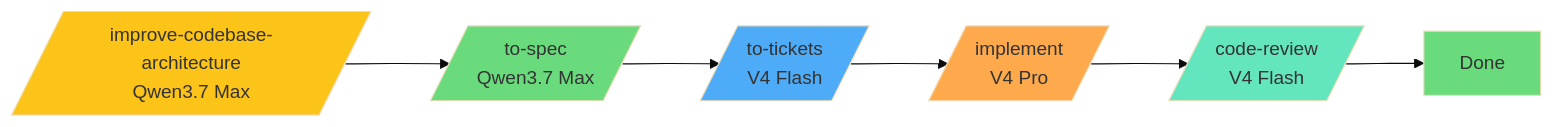
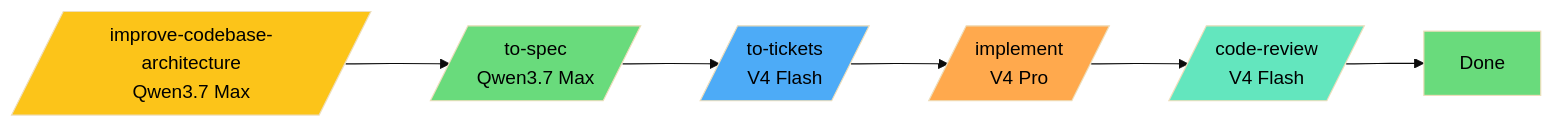
Before and after one commit to elisharkray1030/ai-coding-workflow: the fourth of 5 diagrams in README.md, drawn with Mermaid (base theme). The commit also changed other lines of this file, not shown here.

First line of the commit message:
Force black text on all diagram boxes for readability

````diff
--- a/README.md
+++ b/README.md
@@ -96,21 +96,21 @@
 ```mermaid
 graph LR
     AS[/improve-codebase-architecture<br/>Qwen3.7 Max/] --> SP[/to-spec<br/>Qwen3.7 Max/]
     SP --> TK[/to-tickets<br/>V4 Flash/]
     TK --> IM[/implement<br/>V4 Pro/]
     IM --> CR[/code-review<br/>V4 Flash/]
     CR --> DN[Done]
 
-    classDef yellow fill:#fcc419
-    classDef green fill:#69db7c
-    classDef blue fill:#4dabf7
-    classDef orange fill:#ffa94d
-    classDef teal fill:#63e6be
+    classDef yellow fill:#fcc419,color:#000
+    classDef green fill:#69db7c,color:#000
+    classDef blue fill:#4dabf7,color:#000
+    classDef orange fill:#ffa94d,color:#000
+    classDef teal fill:#63e6be,color:#000
 
     class AS yellow
     class SP green
     class TK blue
     class IM orange
     class CR teal
     class DN green
 ```
````
